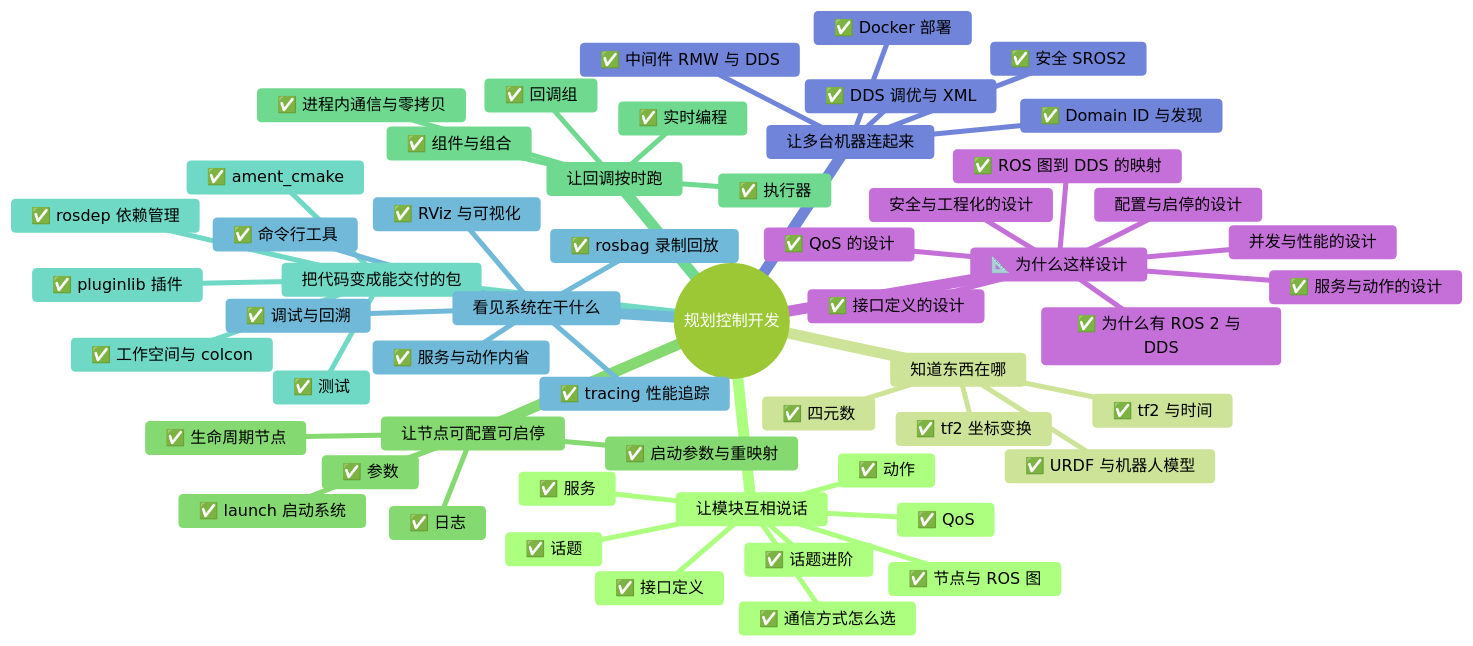
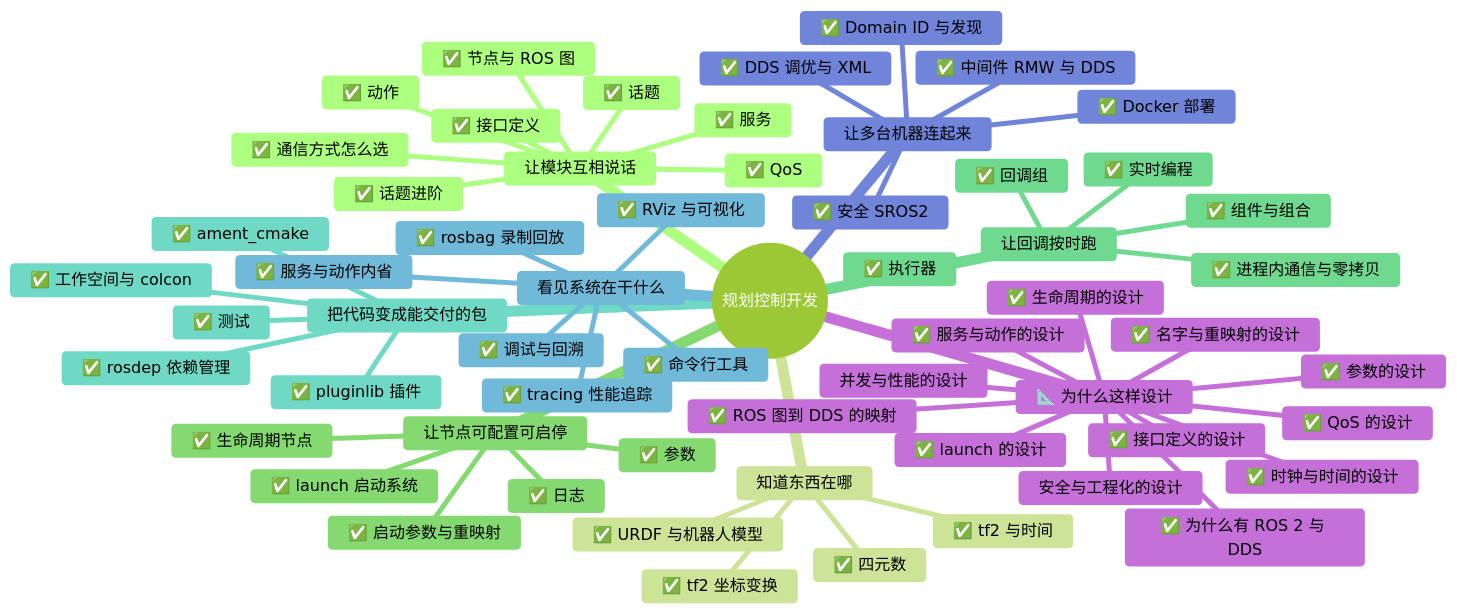
Before and after one commit to kevins-96/ros2_documentation: the diagram in study/map/overview.md, drawn with Mermaid (forest theme). The commit also changed other lines of this file and 33 other files, not shown here.

````diff
--- a/study/map/overview.md
+++ b/study/map/overview.md
@@ -6,58 +6,62 @@
 ```mermaid
 mindmap
   root((规划控制开发))
     让模块互相说话
       ✅ 节点与 ROS 图
       ✅ 通信方式怎么选
       ✅ 话题
       ✅ QoS
       ✅ 服务
       ✅ 动作
       ✅ 接口定义
       ✅ 话题进阶
     知道东西在哪
       ✅ tf2 坐标变换
       ✅ tf2 与时间
       ✅ 四元数
       ✅ URDF 与机器人模型
     让节点可配置可启停
       ✅ 参数
       ✅ 生命周期节点
       ✅ launch 启动系统
       ✅ 启动参数与重映射
       ✅ 日志
     让回调按时跑
       ✅ 执行器
       ✅ 回调组
       ✅ 组件与组合
       ✅ 进程内通信与零拷贝
       ✅ 实时编程
     把代码变成能交付的包
       ✅ 工作空间与 colcon
       ✅ ament_cmake
       ✅ rosdep 依赖管理
       ✅ pluginlib 插件
       ✅ 测试
     看见系统在干什么
       ✅ 命令行工具
       ✅ rosbag 录制回放
       ✅ 服务与动作内省
       ✅ 调试与回溯
       ✅ tracing 性能追踪
       ✅ RViz 与可视化
     让多台机器连起来
       ✅ 中间件 RMW 与 DDS
       ✅ Domain ID 与发现
       ✅ DDS 调优与 XML
       ✅ Docker 部署
       ✅ 安全 SROS2
     📐 为什么这样设计
       ✅ 为什么有 ROS 2 与 DDS
       ✅ ROS 图到 DDS 的映射
       ✅ QoS 的设计
       ✅ 服务与动作的设计
       ✅ 接口定义的设计
-      配置与启停的设计
+      ✅ 参数的设计
+      ✅ 名字与重映射的设计
+      ✅ 生命周期的设计
+      ✅ 时钟与时间的设计
+      ✅ launch 的设计
       并发与性能的设计
       安全与工程化的设计
 ```
````
